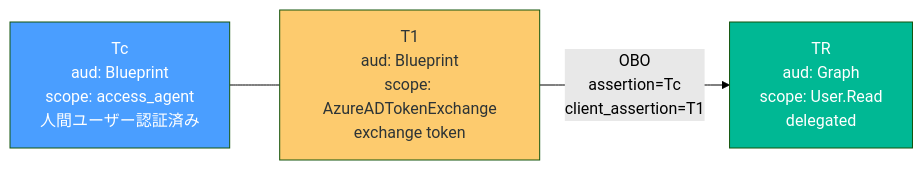
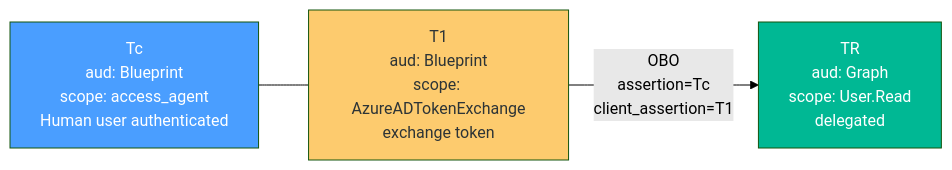
The sixth of 8 diagrams in docs/agent-identity-oauth-flow-comparison.md (shigeyf/entra-agent-id-auth-flow-demo), drawn with Mermaid (forest theme) before and after one commit. The commit also changed other lines of this file and 23 other files, not shown here.

````diff
--- a/docs/agent-identity-oauth-flow-comparison.md
+++ b/docs/agent-identity-oauth-flow-comparison.md
@@ -245,12 +248,12 @@
 ```mermaid
 flowchart LR
-    TC["Tc<br/>aud: Blueprint<br/>scope: access_agent<br/>人間ユーザー認証済み"]
+    TC["Tc<br/>aud: Blueprint<br/>scope: access_agent<br/>Human user authenticated"]
     T1I["T1<br/>aud: Blueprint<br/>scope: AzureADTokenExchange<br/>exchange token"]
     TR_I["TR<br/>aud: Graph<br/>scope: User.Read<br/>delegated"]
     TC --- T1I
     T1I -->|"OBO<br/>assertion=Tc<br/>client_assertion=T1"| TR_I
 
     style TC fill:#4a9eff,color:#fff
     style T1I fill:#fdcb6e,color:#2d3436
     style TR_I fill:#00b894,color:#fff
 ```
````
